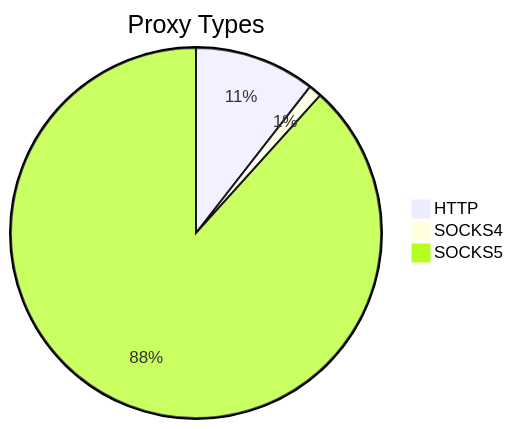
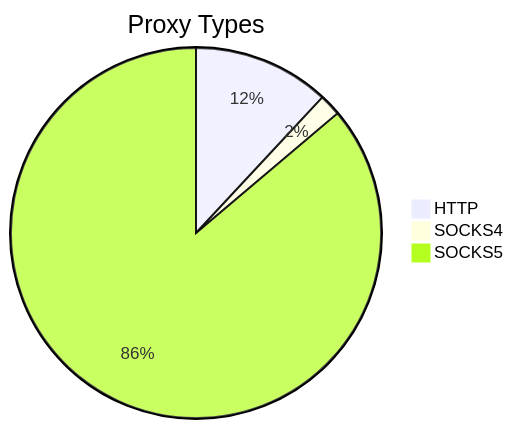
Before and after one commit to stormsia/proxy-list: the first of 2 diagrams in README.md, drawn with Mermaid. The commit also changed other lines of this file, not shown here.

````diff
--- a/README.md
+++ b/README.md
@@ -21,6 +21,6 @@
 ```mermaid
 pie title Proxy Types
-    "HTTP" : 339
-    "SOCKS4" : 37
-    "SOCKS5" : 2842
+    "HTTP" : 257
+    "SOCKS4" : 41
+    "SOCKS5" : 1856
 ```
````
